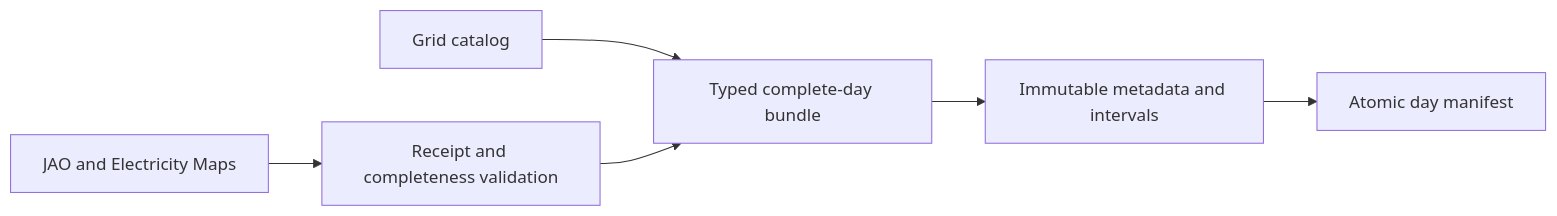
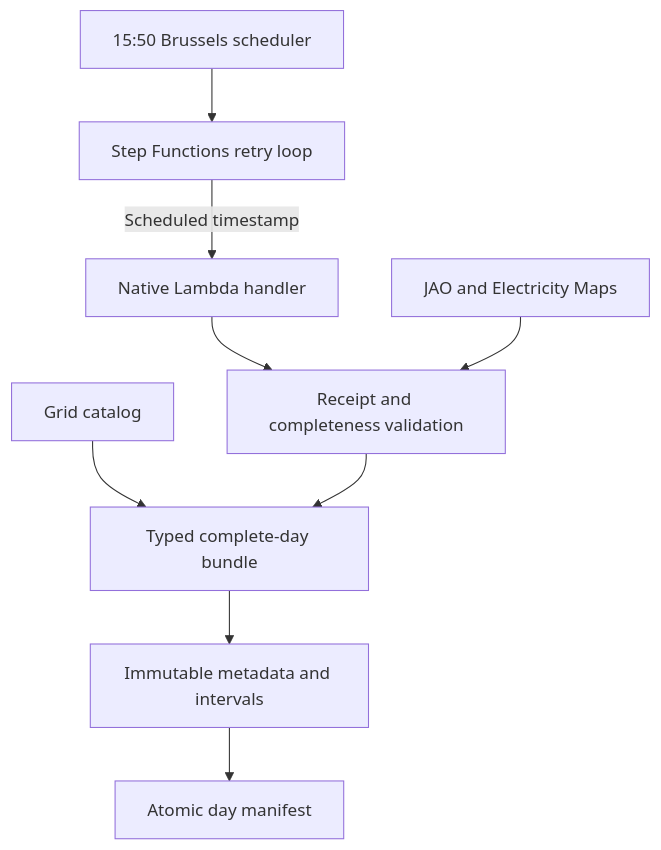
The diagram in coppersushi/publication/README.md (zoltanmaric/coppersushi), drawn with Mermaid before and after one commit. The commit also changed other lines of this file and 23 other files, not shown here.

````diff
--- a/coppersushi/publication/README.md
+++ b/coppersushi/publication/README.md
@@ -10,9 +10,12 @@
 ```mermaid
-flowchart LR
+flowchart TB
+    schedule["15:50 Brussels scheduler"] --> workflow["Step Functions retry loop"]
+    workflow -->|Scheduled timestamp| handler["Native Lambda handler"]
+    handler --> ready
     sources["JAO and Electricity Maps"] --> ready["Receipt and completeness validation"]
     catalog["Grid catalog"] --> bundle["Typed complete-day bundle"]
     ready --> bundle
     bundle --> files["Immutable metadata and intervals"]
     files --> manifest["Atomic day manifest"]
     click catalog "https://github.com/zoltanmaric/coppersushi/blob/main/coppersushi/grid_catalog/README.md" "Grid catalog architecture"
 ```
````
